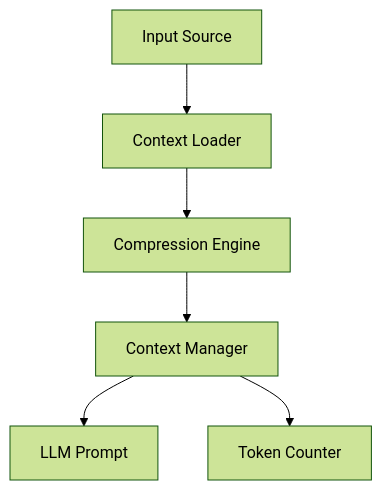
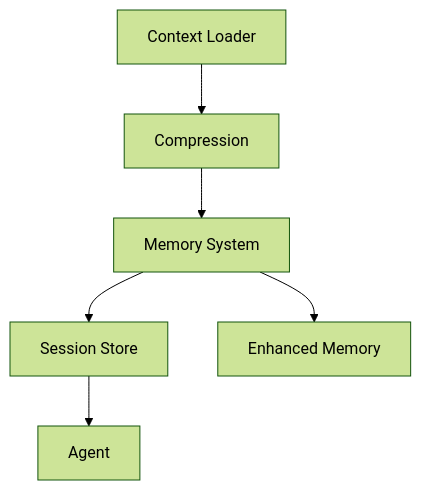
Before and after one commit to phuetz/code-buddy: the diagram in .codebuddy/docs/7-context-memory.md, drawn with Mermaid (forest theme). The commit also changed other lines of this file and 54 other files, not shown here.

````diff
--- a/.codebuddy/docs/7-context-memory.md
+++ b/.codebuddy/docs/7-context-memory.md
@@ -42,8 +42,8 @@
 ```mermaid
 graph TD
-    A[Input Source] --> B[Context Loader]
-    B --> C[Compression Engine]
-    C --> D[Context Manager]
-    D --> E[LLM Prompt]
-    D --> F[Token Counter]
+    A[Context Loader] --> B[Compression]
+    B --> C[Memory System]
+    C --> D[Session Store]
+    D --> E[Agent]
+    C --> F[Enhanced Memory]
 ```
````
